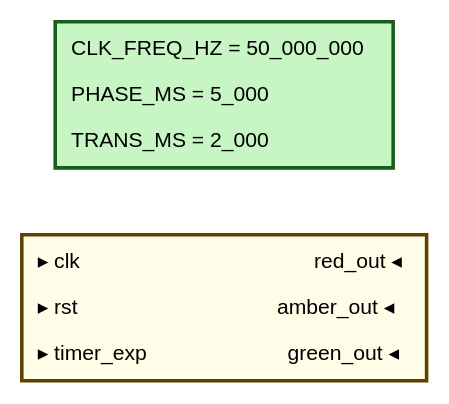
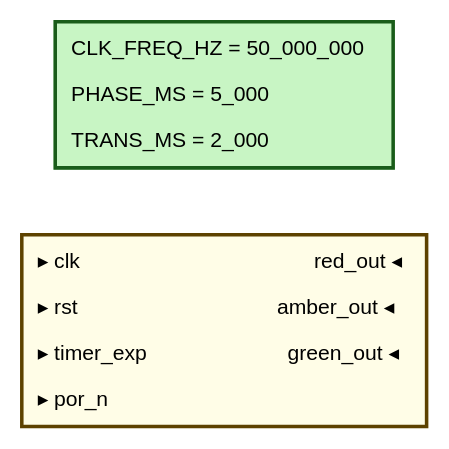
The diagram in docs/modules/traffic_light/traffic_light_block.dot (FPGA-James/HDLAutoDoc), drawn with Graphviz before and after one commit. The commit also changed 349 other files, not shown here.

```diff
--- a/docs/modules/traffic_light/traffic_light_block.dot
+++ b/docs/modules/traffic_light/traffic_light_block.dot
@@ -1,27 +1,28 @@
 digraph traffic_light_block {
     rankdir=LR;
     nodesep=0.5;
     ranksep=0.8;
     node [fontname="Helvetica", fontsize=12, shape=none, margin=0];
     edge [dir=none, penwidth=2.5, color="black"];
 
     // Generics box
     gen_box_traffic_light [label=<
         <TABLE BORDER="2" CELLBORDER="0" CELLSPACING="3" CELLPADDING="0" BGCOLOR="#c8f5c4" COLOR="#1a5c1a">
           <TR><TD PORT="g_CLK_FREQ_HZ" ALIGN="LEFT" CELLPADDING="5">CLK_FREQ_HZ = 50_000_000</TD></TR>
           <TR><TD PORT="g_PHASE_MS" ALIGN="LEFT" CELLPADDING="5">PHASE_MS = 5_000</TD></TR>
           <TR><TD PORT="g_TRANS_MS" ALIGN="LEFT" CELLPADDING="5">TRANS_MS = 2_000</TD></TR>
         </TABLE>>];
 
     // Ports box
     port_box_traffic_light [label=<
         <TABLE BORDER="2" CELLBORDER="0" CELLSPACING="3" CELLPADDING="0" BGCOLOR="#fffde7" COLOR="#5d4200">
           <TR><TD PORT="i_clk" ALIGN="LEFT" CELLPADDING="5">&#x25B8; clk</TD><TD WIDTH="50"> </TD><TD PORT="o_red_out" ALIGN="RIGHT" CELLPADDING="5">red_out &#x25C2;</TD></TR>
           <TR><TD PORT="i_rst" ALIGN="LEFT" CELLPADDING="5">&#x25B8; rst</TD><TD WIDTH="50"> </TD><TD PORT="o_amber_out" ALIGN="RIGHT" CELLPADDING="5">amber_out &#x25C2;</TD></TR>
           <TR><TD PORT="i_timer_exp" ALIGN="LEFT" CELLPADDING="5">&#x25B8; timer_exp</TD><TD WIDTH="50"> </TD><TD PORT="o_green_out" ALIGN="RIGHT" CELLPADDING="5">green_out &#x25C2;</TD></TR>
+          <TR><TD PORT="i_por_n" ALIGN="LEFT" CELLPADDING="5">&#x25B8; por_n</TD><TD WIDTH="50"> </TD><TD CELLPADDING="5"> </TD></TR>
         </TABLE>>];
 
     { rank=same; gen_box_traffic_light; port_box_traffic_light }
     gen_box_traffic_light -> port_box_traffic_light [style=invis, weight=100];
 
 }
```
